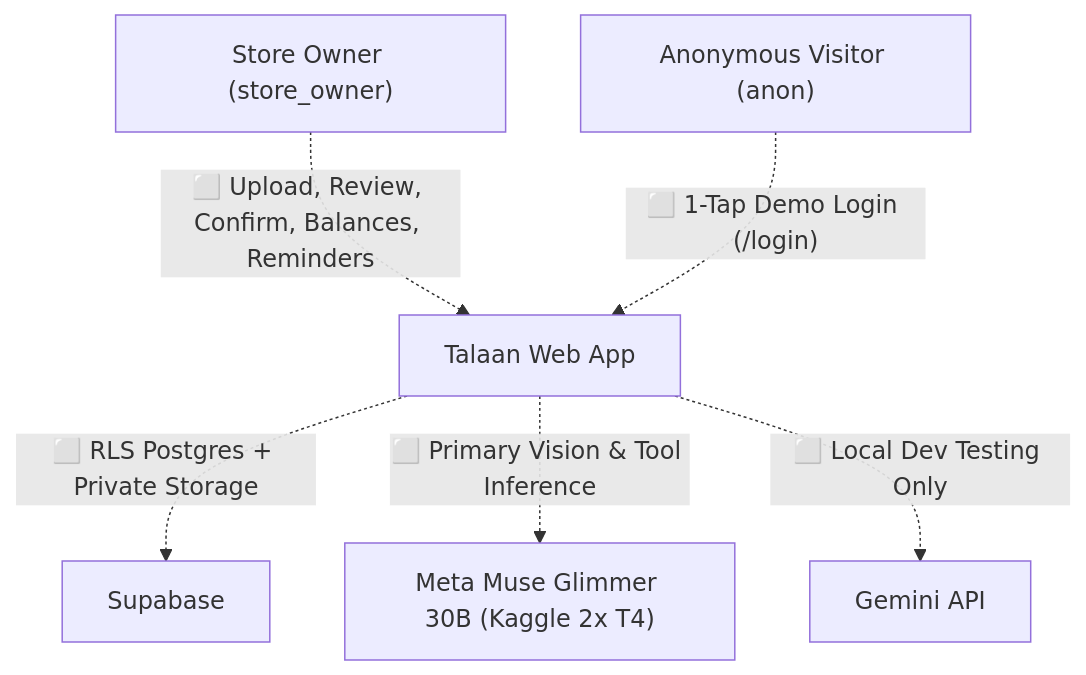
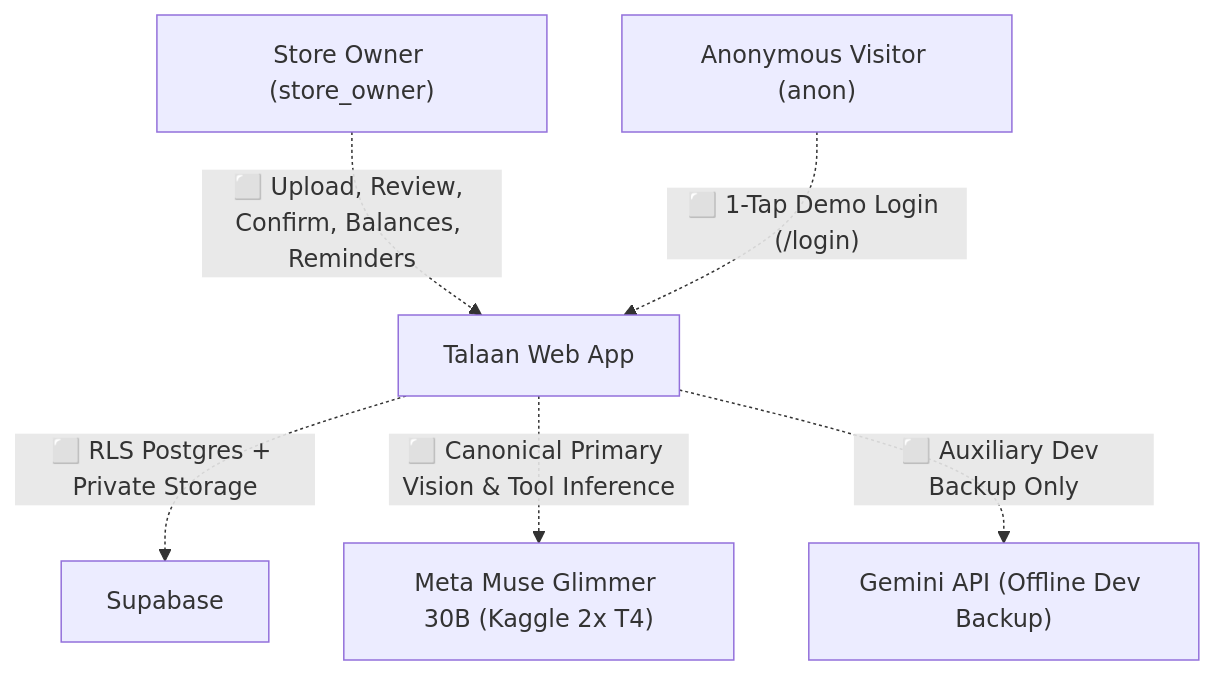
One commit to ejay-detera/talaan changed the fifth of 5 diagrams in docs/flow.md. Above: the diagram before and after it, drawn with Mermaid. The commit also changed other lines of this file and 49 other files, not shown here.

````diff
--- a/docs/flow.md
+++ b/docs/flow.md
@@ -142,8 +151,8 @@
 ```mermaid
 flowchart TB
   U1["Store Owner (store_owner)"] -.->|"⬜ Upload, Review, Confirm, Balances, Reminders"| APP["Talaan Web App"]
   U2["Anonymous Visitor (anon)"] -.->|"⬜ 1-Tap Demo Login (/login)"| APP
   APP -.->|"⬜ RLS Postgres + Private Storage"| DB["Supabase"]
-  APP -.->|"⬜ Primary Vision & Tool Inference"| GLIM["Meta Muse Glimmer 30B (Kaggle 2x T4)"]
-  APP -.->|"⬜ Local Dev Testing Only"| GEM["Gemini API"]
+  APP -.->|"⬜ Canonical Primary Vision & Tool Inference"| GLIM["Meta Muse Glimmer 30B (Kaggle 2x T4)"]
+  APP -.->|"⬜ Auxiliary Dev Backup Only"| GEM["Gemini API (Offline Dev Backup)"]
 ```
````
